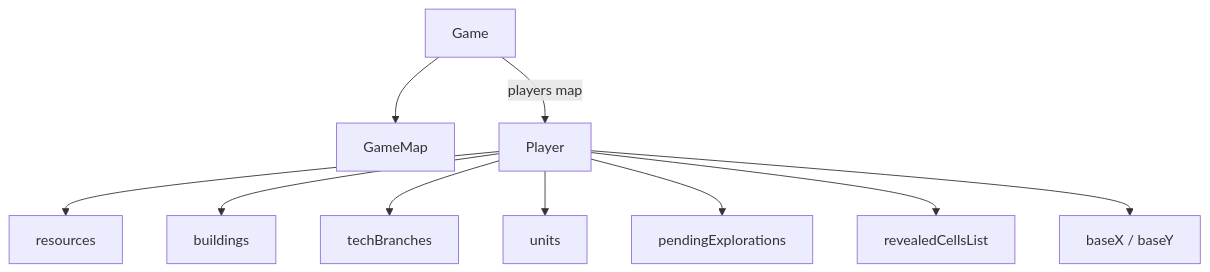
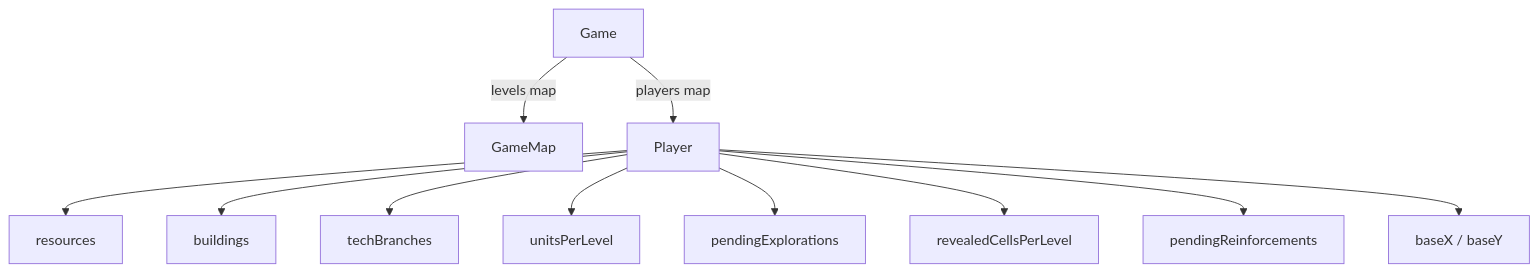
Before and after one commit to qnope/Abyss: the diagram in specs/architecture/domain/game/README.md, drawn with Mermaid. The commit also changed other lines of this file and 107 other files, not shown here.

````diff
--- a/specs/architecture/domain/game/README.md
+++ b/specs/architecture/domain/game/README.md
@@ -81,12 +90,13 @@
 ```mermaid
 graph TD
-    Game --> GameMap
+    Game -->|levels map| GameMap
     Game -->|players map| Player
     Player --> resources
     Player --> buildings
     Player --> techBranches
-    Player --> units
+    Player --> unitsPerLevel
     Player --> pendingExplorations
-    Player --> revealedCellsList
+    Player --> revealedCellsPerLevel
+    Player --> pendingReinforcements
     Player --> baseXY[baseX / baseY]
 ```
````
